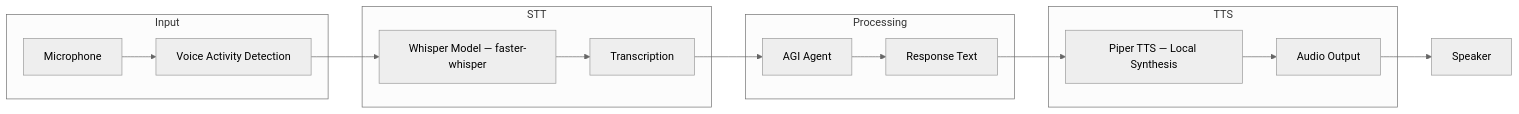
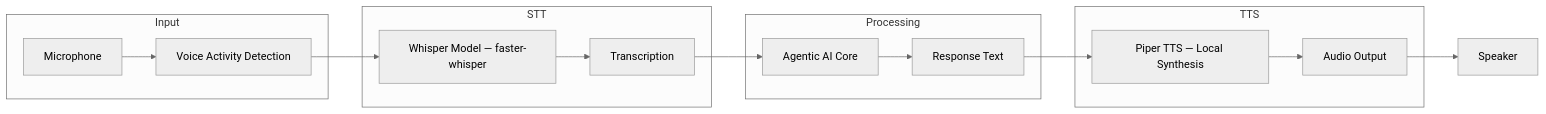
Before and after one commit to bistuwangqiyuan/Open-Sable: diagram 13 of 18 in README.md, drawn with Mermaid (neutral theme). The commit also changed other lines of this file and 24 other files, not shown here.

````diff
--- a/README.md
+++ b/README.md
@@ -1037,23 +1045,23 @@
 ```mermaid
 graph LR
     subgraph "Input"
         MIC[Microphone] --> VAD[Voice Activity Detection]
     end
     
     subgraph "STT"
         VAD --> WHISPER[Whisper Model — faster-whisper]
         WHISPER --> TRANS[Transcription]
     end
     
     subgraph "Processing"
-        TRANS --> AGI[AGI Agent]
-        AGI --> RESP[Response Text]
+        TRANS --> AGENT[Agentic AI Core]
+        AGENT --> RESP[Response Text]
     end
     
     subgraph "TTS"
         RESP --> PIPER[Piper TTS — Local Synthesis]
         PIPER --> AUDIO[Audio Output]
     end
     
     AUDIO --> SPEAKER[Speaker]
 ```
````
